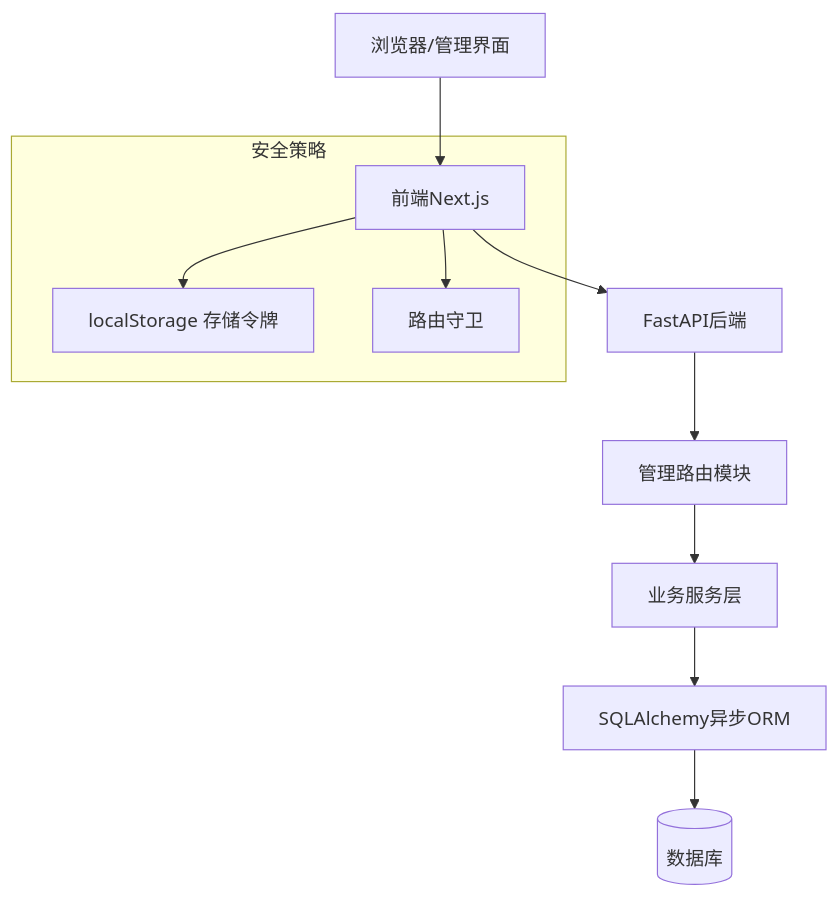
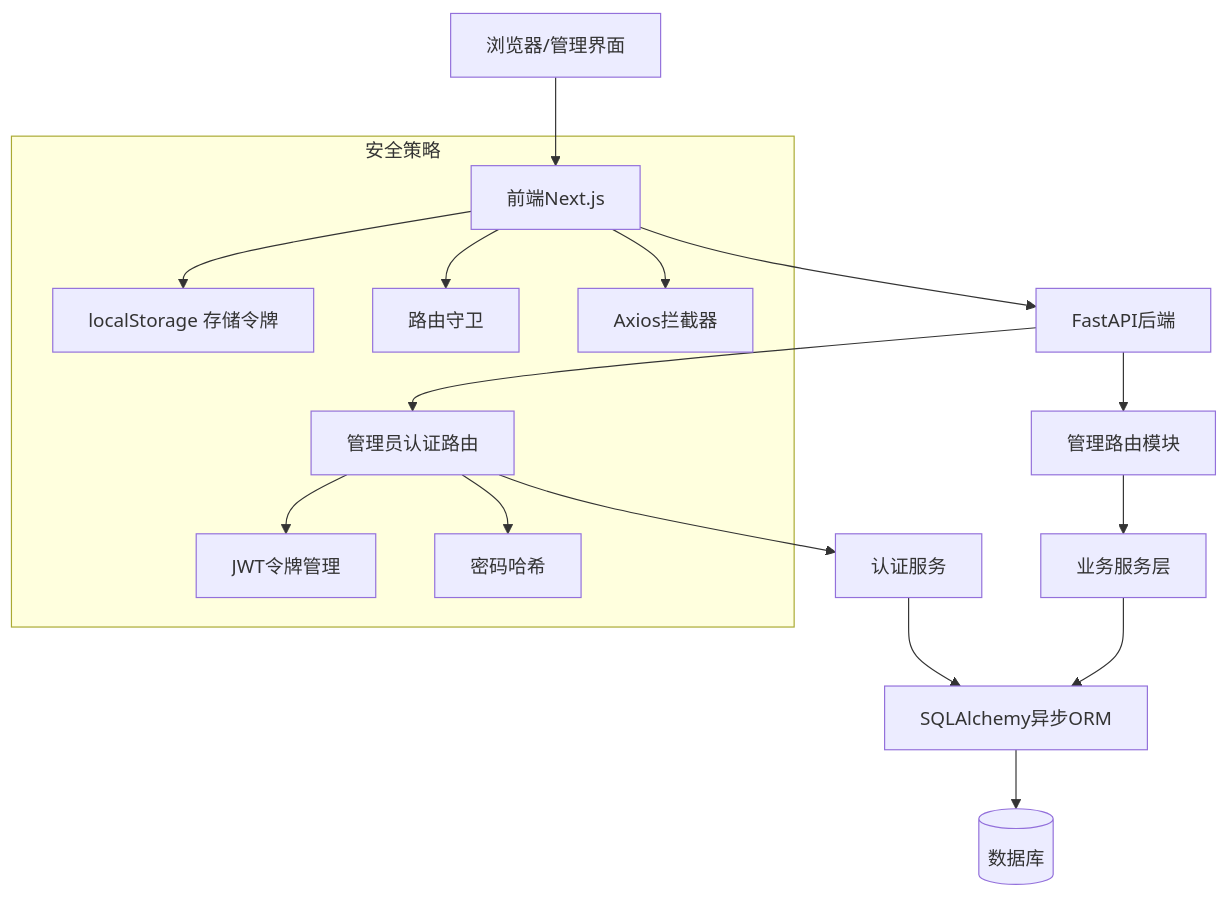
The second of 8 diagrams in .qoder/repowiki/zh/content/后端开发指南/API路由系统/管理员管理API.md (KunLabAI/KunFlix), drawn with Mermaid before and after one commit. The commit also changed other lines of this file and 4 other files, not shown here.

````diff
--- a/.qoder/repowiki/zh/content/后端开发指南/API路由系统/管理员管理API.md
+++ b/.qoder/repowiki/zh/content/后端开发指南/API路由系统/管理员管理API.md
@@ -118,13 +137,19 @@
 ```mermaid
 graph TB
 Client[浏览器/管理界面] --> FE[前端Next.js]
 FE --> API[FastAPI后端]
-API --> Router[管理路由模块]
-Router --> Service[业务服务层]
-Service --> ORM[SQLAlchemy异步ORM]
+API --> AdminAuthRouter[管理员认证路由]
+API --> AdminRouter[管理路由模块]
+AdminAuthRouter --> AuthService[认证服务]
+AdminRouter --> Service[业务服务层]
+AuthService --> ORM[SQLAlchemy异步ORM]
+Service --> ORM
 ORM --> DB[(数据库)]
 subgraph "安全策略"
 FE --> LocalStorage[localStorage 存储令牌]
 FE --> Guard[路由守卫]
+FE --> Interceptor[Axios拦截器]
+AdminAuthRouter --> JWT[JWT令牌管理]
+AdminAuthRouter --> BCrypt[密码哈希]
 end
 ```
````
